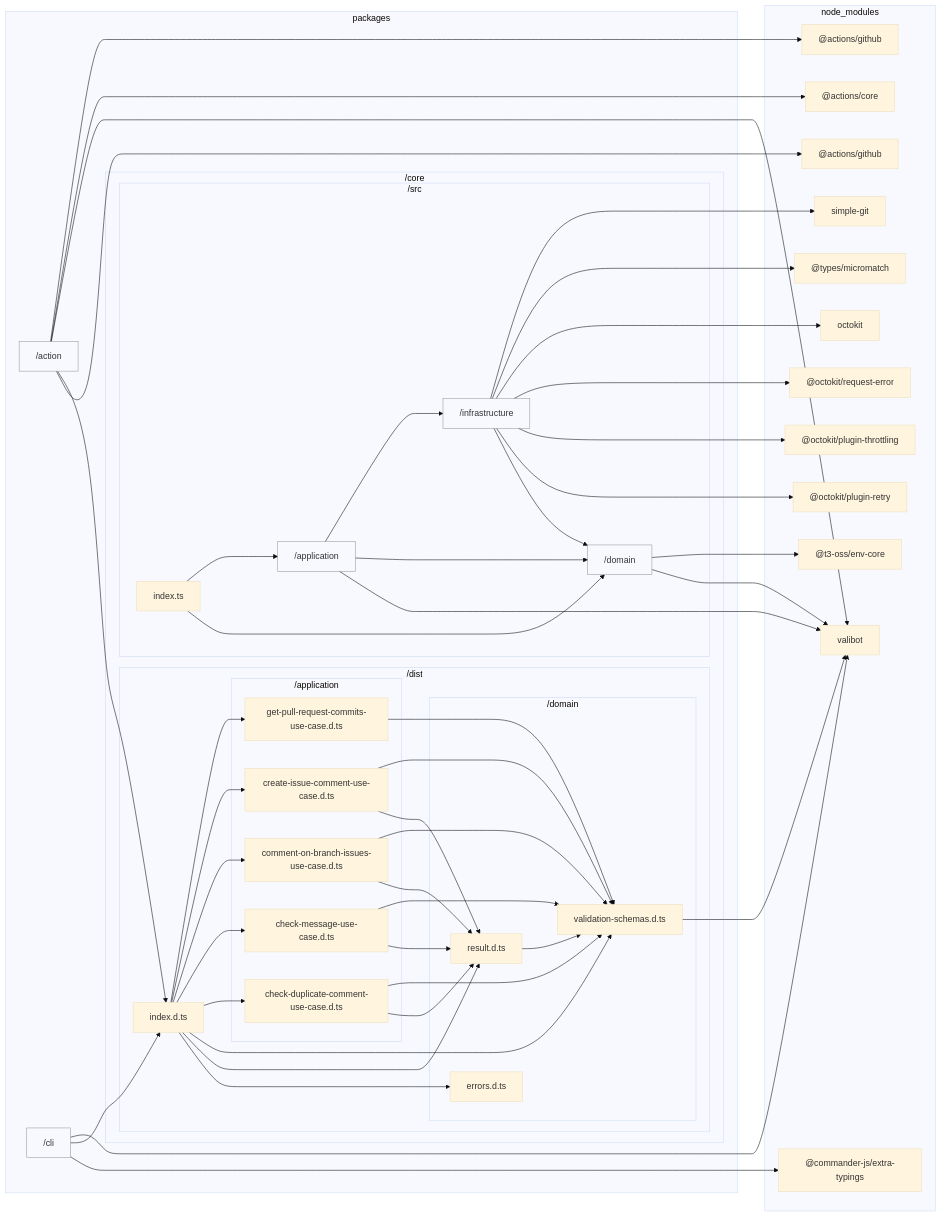
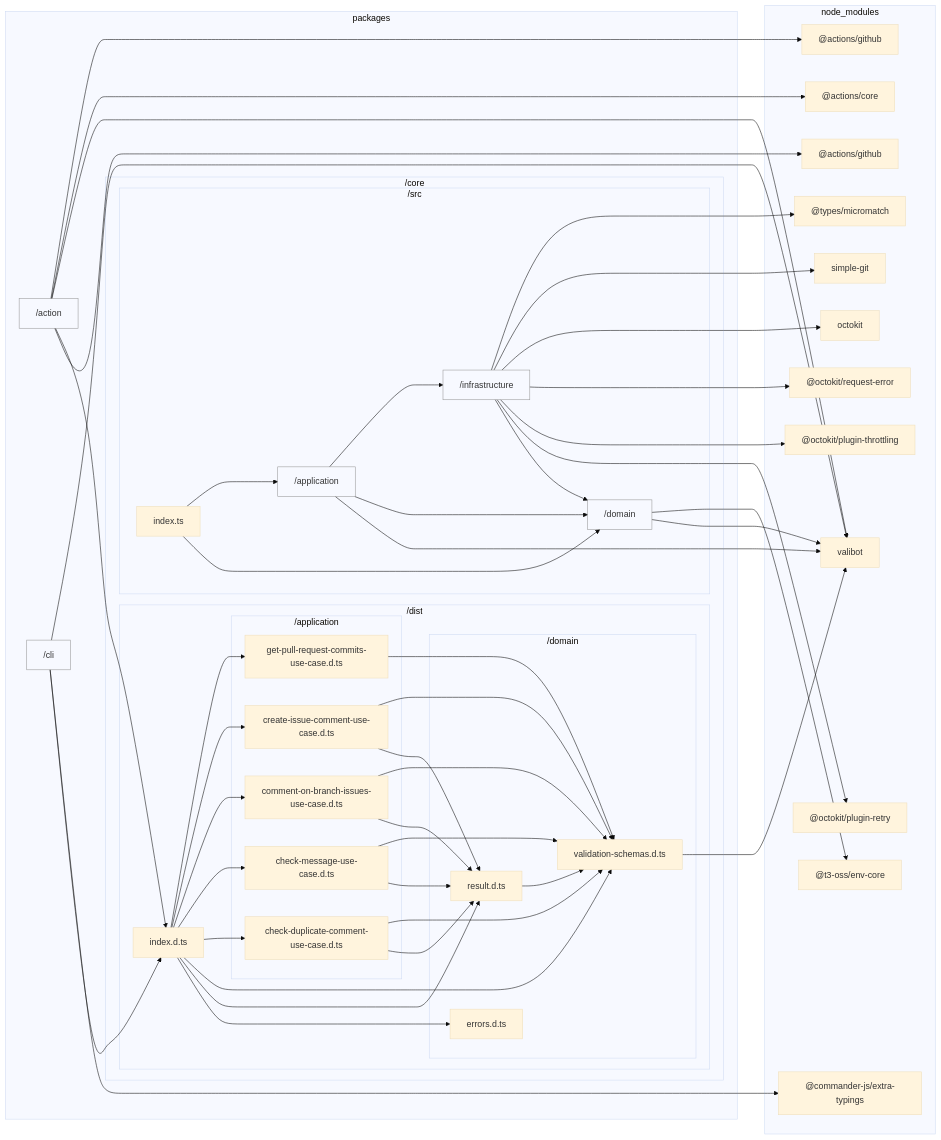
The diagram in docs/reports/dependencies/core-architecture.md (sugurutakahashi-1234/issue-linker), drawn with Mermaid (base theme) before and after one commit. The commit also changed other lines of this file and 23 other files, not shown here.

````diff
--- a/docs/reports/dependencies/core-architecture.md
+++ b/docs/reports/dependencies/core-architecture.md
@@ -45,8 +45,8 @@
         node//modules///octokit/plugin//throttling/dist//types/index.d.ts["@octokit/plugin-throttling"]
         node//modules///octokit/request//error/dist//types/index.d.ts["@octokit/request-error"]
         node//modules/octokit/dist//types/index.d.ts["octokit"]
+        node//modules/simple//git/dist/typings/index.d.ts["simple-git"]
         node//modules///types/micromatch/index.d.ts["@types/micromatch"]
-        node//modules/simple//git/dist/typings/index.d.ts["simple-git"]
     end
     packages/action-->node//modules///actions/github/lib/context.d.ts
     packages/core/dist/domain/validation//schemas.d.ts-->node//modules/valibot/dist/index.d.cts
@@ -72,8 +72,8 @@
     packages/action-->node//modules/valibot/dist/index.d.cts
     packages/action-->node//modules///actions/core/lib/core.d.ts
     packages/action-->node//modules///actions/github/lib/github.d.ts
+    packages/cli-->packages/core/dist/index.d.ts
     packages/cli-->node//modules///commander//js/extra//typings/index.d.ts
-    packages/cli-->packages/core/dist/index.d.ts
     packages/cli-->node//modules/valibot/dist/index.d.cts
     packages/core/src/domain-->node//modules/valibot/dist/index.d.cts
     packages/core/src/domain-->node//modules///t3//oss/env//core/dist/index.d.ts
@@ -85,8 +85,8 @@
     packages/core/src/application-->node//modules/valibot/dist/index.d.cts
     packages/core/src/application-->packages/core/src/domain
     packages/core/src/application-->packages/core/src/infrastructure
+    packages/core/src/infrastructure-->node//modules/simple//git/dist/typings/index.d.ts
     packages/core/src/infrastructure-->node//modules///types/micromatch/index.d.ts
-    packages/core/src/infrastructure-->node//modules/simple//git/dist/typings/index.d.ts
     packages/core/src/index.ts-->packages/core/src/domain
     packages/core/src/index.ts-->packages/core/src/application
 ```
````
